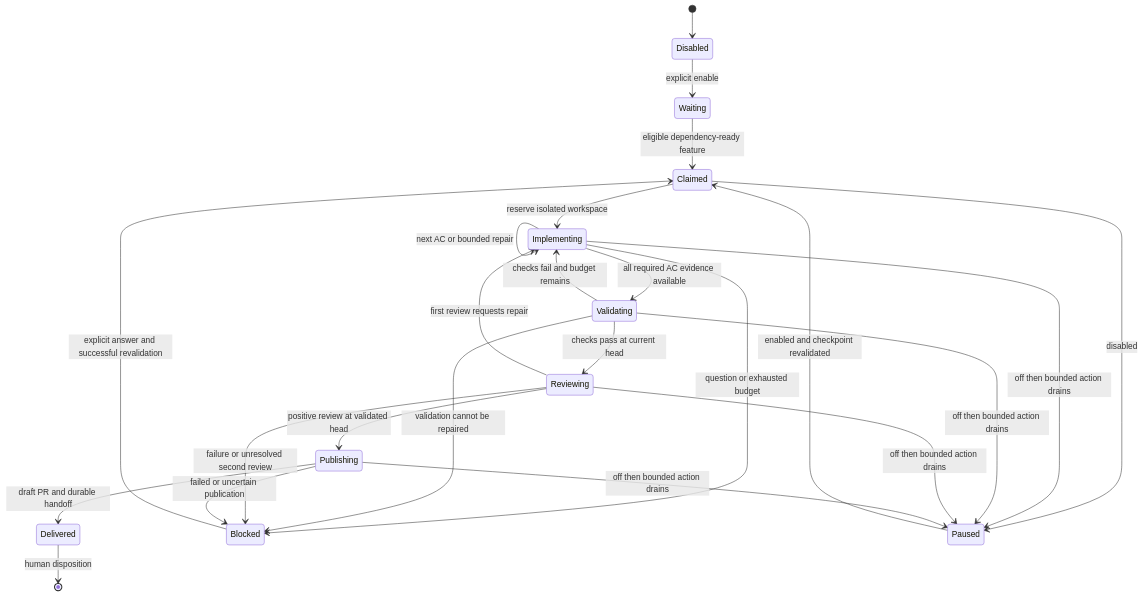
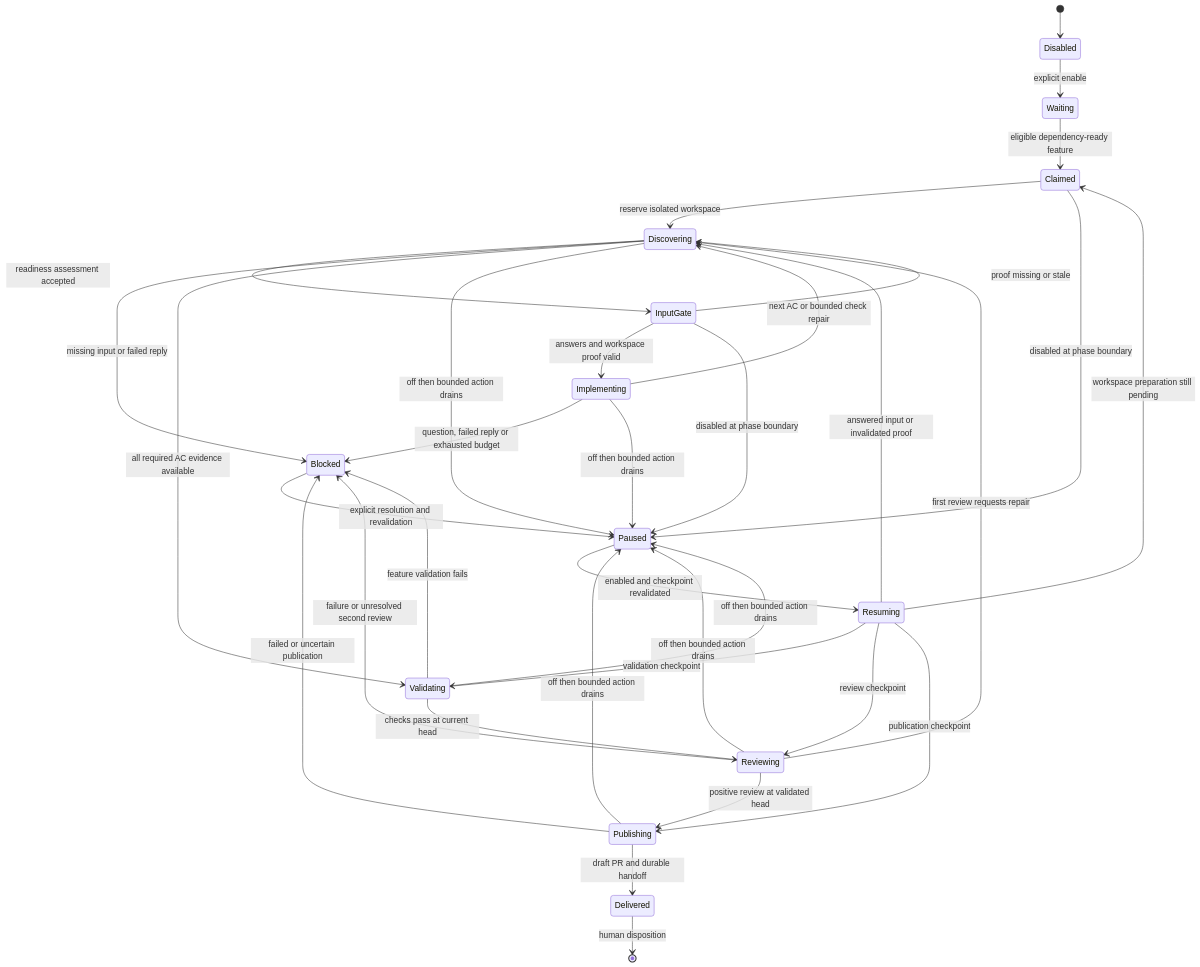
Before and after one commit to urlmonitor/leafcutter-ai: the diagram in docs/architecture/diagrams/background-ac-worker-state.md, drawn with Mermaid. The commit also changed other lines of this file and 124 other files, not shown here.

````diff
--- a/docs/architecture/diagrams/background-ac-worker-state.md
+++ b/docs/architecture/diagrams/background-ac-worker-state.md
@@ -27,26 +27,36 @@
 ```mermaid
 stateDiagram-v2
     [*] --> Disabled
     Disabled --> Waiting: explicit enable
     Waiting --> Claimed: eligible dependency-ready feature
-    Claimed --> Implementing: reserve isolated workspace
-    Implementing --> Implementing: next AC or bounded repair
-    Implementing --> Validating: all required AC evidence available
+    Claimed --> Discovering: reserve isolated workspace
+    Discovering --> InputGate: readiness assessment accepted
+    Discovering --> Blocked: missing input or failed reply
+    InputGate --> Implementing: answers and workspace proof valid
+    InputGate --> Discovering: proof missing or stale
+    Implementing --> Discovering: next AC or bounded check repair
+    Discovering --> Validating: all required AC evidence available
     Validating --> Reviewing: checks pass at current head
-    Validating --> Implementing: checks fail and budget remains
-    Reviewing --> Implementing: first review requests repair
+    Validating --> Blocked: feature validation fails
+    Reviewing --> Discovering: first review requests repair
     Reviewing --> Publishing: positive review at validated head
     Publishing --> Delivered: draft PR and durable handoff
-    Implementing --> Blocked: question or exhausted budget
-    Validating --> Blocked: validation cannot be repaired
+    Implementing --> Blocked: question, failed reply or exhausted budget
     Reviewing --> Blocked: failure or unresolved second review
     Publishing --> Blocked: failed or uncertain publication
-    Blocked --> Claimed: explicit answer and successful revalidation
-    Claimed --> Paused: disabled
+    Blocked --> Paused: explicit resolution and revalidation
+    Claimed --> Paused: disabled at phase boundary
+    Discovering --> Paused: off then bounded action drains
+    InputGate --> Paused: disabled at phase boundary
     Implementing --> Paused: off then bounded action drains
     Validating --> Paused: off then bounded action drains
     Reviewing --> Paused: off then bounded action drains
     Publishing --> Paused: off then bounded action drains
-    Paused --> Claimed: enabled and checkpoint revalidated
+    Paused --> Resuming: enabled and checkpoint revalidated
+    Resuming --> Discovering: answered input or invalidated proof
+    Resuming --> Claimed: workspace preparation still pending
+    Resuming --> Validating: validation checkpoint
+    Resuming --> Reviewing: review checkpoint
+    Resuming --> Publishing: publication checkpoint
     Delivered --> [*]: human disposition
 ```
````
